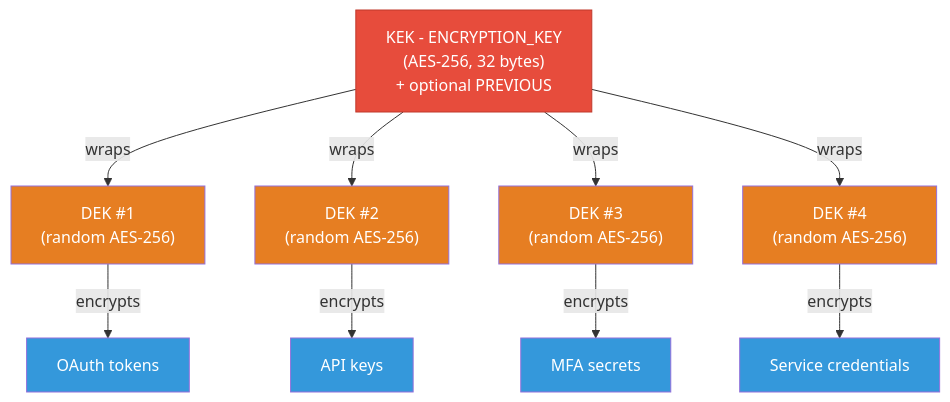
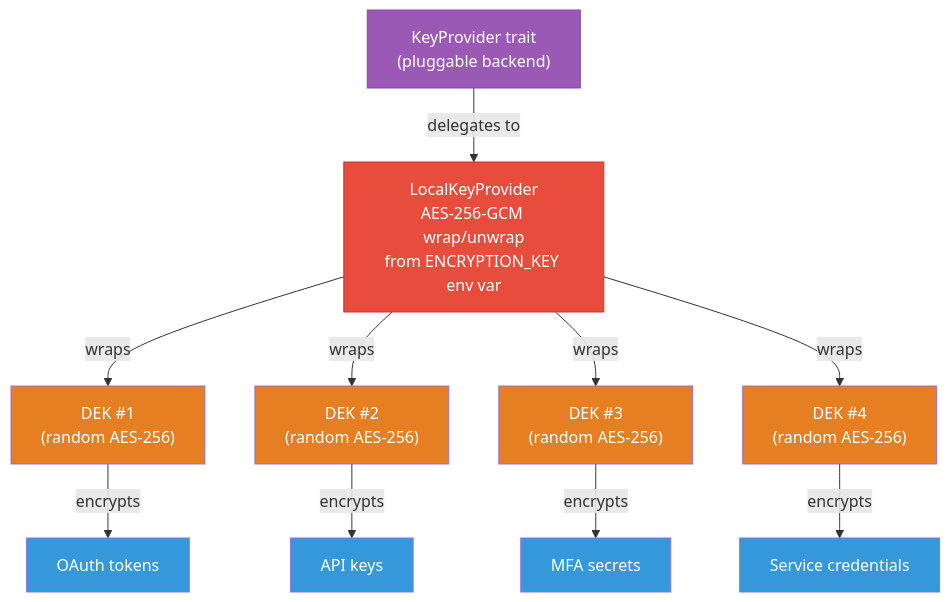
Before and after one commit to ChronoAIProject/NyxID: the first of 30 diagrams in docs/ENCRYPTION_ARCHITECTURE.md, drawn with Mermaid. The commit also changed other lines of this file and 11 other files, not shown here.

First line of the commit message:
feat: add KeyProvider trait for pluggable encryption backends (Phase 3)

````diff
--- a/docs/ENCRYPTION_ARCHITECTURE.md
+++ b/docs/ENCRYPTION_ARCHITECTURE.md
@@ -29,24 +29,27 @@
 ```mermaid
 graph TD
-    KEK["KEK - ENCRYPTION_KEY<br/>(AES-256, 32 bytes)<br/>+ optional PREVIOUS"]
+    KP["KeyProvider trait<br/>(pluggable backend)"]
 
-    KEK -->|wraps| DEK1["DEK #1<br/>(random AES-256)"]
-    KEK -->|wraps| DEK2["DEK #2<br/>(random AES-256)"]
-    KEK -->|wraps| DEK3["DEK #3<br/>(random AES-256)"]
-    KEK -->|wraps| DEK4["DEK #4<br/>(random AES-256)"]
+    KP -->|delegates to| LKP["LocalKeyProvider<br/>AES-256-GCM wrap/unwrap<br/>from ENCRYPTION_KEY env var"]
+
+    LKP -->|wraps| DEK1["DEK #1<br/>(random AES-256)"]
+    LKP -->|wraps| DEK2["DEK #2<br/>(random AES-256)"]
+    LKP -->|wraps| DEK3["DEK #3<br/>(random AES-256)"]
+    LKP -->|wraps| DEK4["DEK #4<br/>(random AES-256)"]
 
     DEK1 -->|encrypts| OT["OAuth tokens"]
     DEK2 -->|encrypts| AK["API keys"]
     DEK3 -->|encrypts| MFA["MFA secrets"]
     DEK4 -->|encrypts| SC["Service credentials"]
 
-    style KEK fill:#e74c3c,color:#fff,stroke:#c0392b
+    style KP fill:#9b59b6,color:#fff,stroke:#8e44ad
+    style LKP fill:#e74c3c,color:#fff,stroke:#c0392b
     style DEK1 fill:#e67e22,color:#fff
     style DEK2 fill:#e67e22,color:#fff
     style DEK3 fill:#e67e22,color:#fff
     style DEK4 fill:#e67e22,color:#fff
     style OT fill:#3498db,color:#fff
     style AK fill:#3498db,color:#fff
     style MFA fill:#3498db,color:#fff
     style SC fill:#3498db,color:#fff
 ```
````
